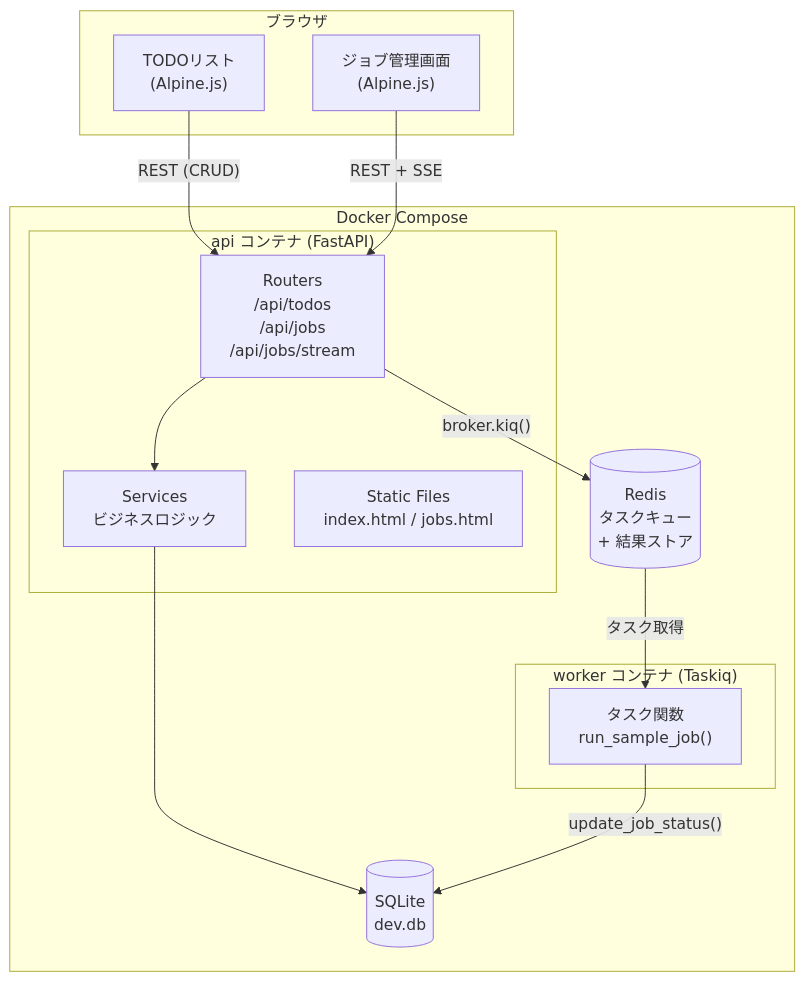
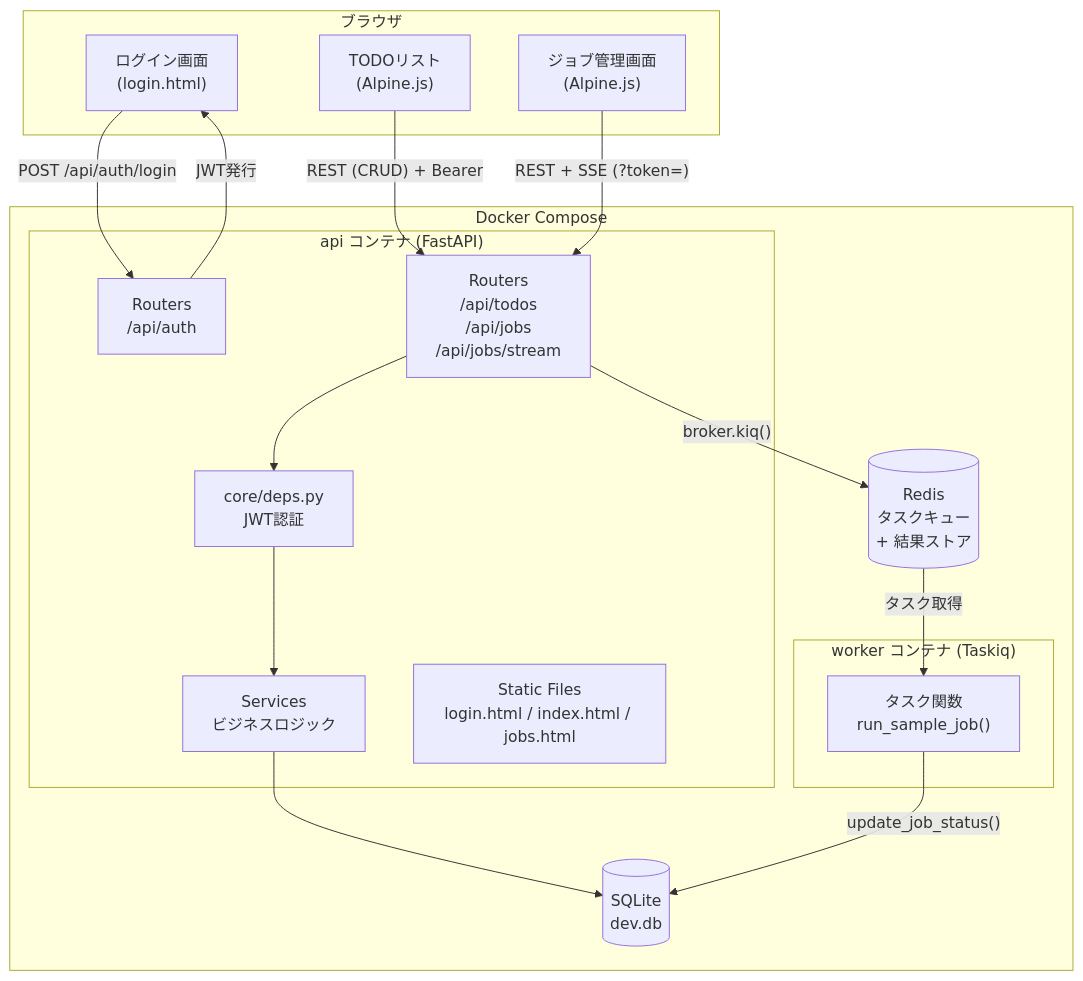
The first of 4 diagrams in docs/アーキテクチャ.md (oharato/fastapi), drawn with Mermaid before and after one commit. The commit also changed other lines of this file and 9 other files, not shown here.

````diff
--- a/docs/アーキテクチャ.md
+++ b/docs/アーキテクチャ.md
@@ -5,30 +5,36 @@
 ```mermaid
 graph TB
     subgraph Browser["ブラウザ"]
+        UI0["ログイン画面<br/>(login.html)"]
         UI1["TODOリスト<br/>(Alpine.js)"]
         UI2["ジョブ管理画面<br/>(Alpine.js)"]
     end
 
     subgraph Docker["Docker Compose"]
         subgraph API["api コンテナ (FastAPI)"]
+            Auth["Routers<br/>/api/auth"]
             Router["Routers<br/>/api/todos<br/>/api/jobs<br/>/api/jobs/stream"]
+            Deps["core/deps.py<br/>JWT認証"]
             Service["Services<br/>ビジネスロジック"]
-            Static["Static Files<br/>index.html / jobs.html"]
+            Static["Static Files<br/>login.html / index.html / jobs.html"]
         end
 
         subgraph Worker["worker コンテナ (Taskiq)"]
             TaskFn["タスク関数<br/>run_sample_job()"]
         end
 
         Redis[("Redis<br/>タスクキュー<br/>+ 結果ストア")]
         DB[("SQLite<br/>dev.db")]
     end
 
-    UI1 -- "REST (CRUD)" --> Router
-    UI2 -- "REST + SSE" --> Router
-    Router --> Service
+    UI0 -- "POST /api/auth/login" --> Auth
+    Auth -- "JWT発行" --> UI0
+    UI1 -- "REST (CRUD) + Bearer" --> Router
+    UI2 -- "REST + SSE (?token=)" --> Router
+    Router --> Deps
+    Deps --> Service
     Service --> DB
     Router -- "broker.kiq()" --> Redis
     Redis -- "タスク取得" --> TaskFn
     TaskFn -- "update_job_status()" --> DB
 ```
````
